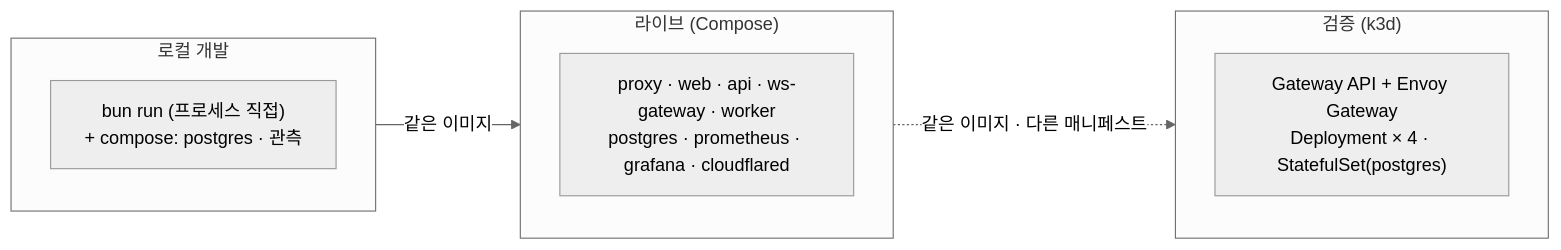
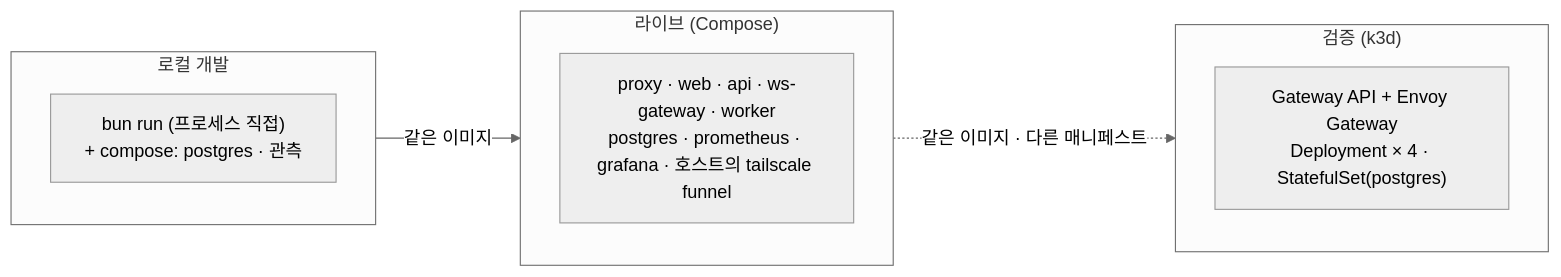
Before and after one commit to 1985jwlee/portpolio_backend: the ninth of 9 diagrams in docs/design/00-system-overview.md, drawn with Mermaid (neutral theme). The commit also changed other lines of this file and 50 other files, not shown here.

````diff
--- a/docs/design/00-system-overview.md
+++ b/docs/design/00-system-overview.md
@@ -438,14 +441,14 @@
 ```mermaid
 flowchart LR
     subgraph dev["로컬 개발"]
         D1["bun run (프로세스 직접)<br/>+ compose: postgres · 관측"]
     end
     subgraph live["라이브 (Compose)"]
-        L1["proxy · web · api · ws-gateway · worker<br/>postgres · prometheus · grafana · cloudflared"]
+        L1["proxy · web · api · ws-gateway · worker<br/>postgres · prometheus · grafana · 호스트의 tailscale funnel"]
     end
     subgraph k8s["검증 (k3d)"]
         K1["Gateway API + Envoy Gateway<br/>Deployment × 4 · StatefulSet(postgres)"]
     end
     dev -->|"같은 이미지"| live
     live -.->|"같은 이미지 · 다른 매니페스트"| k8s
 ```
````
